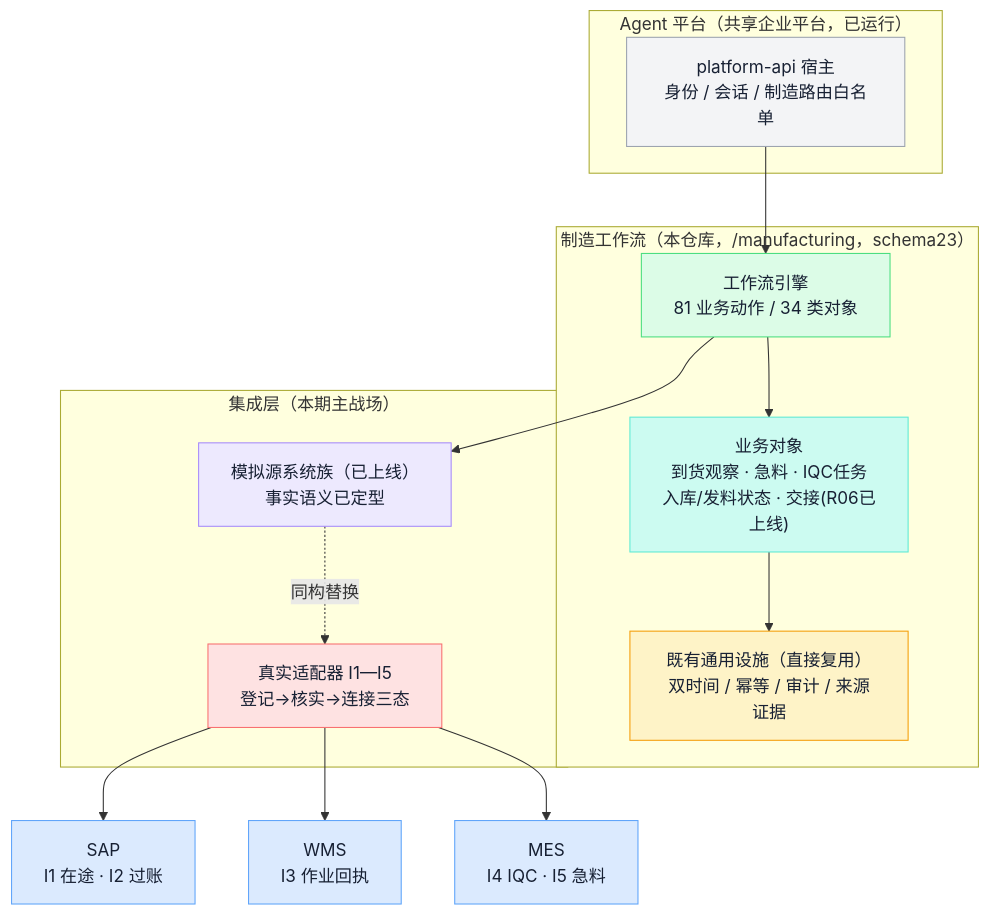
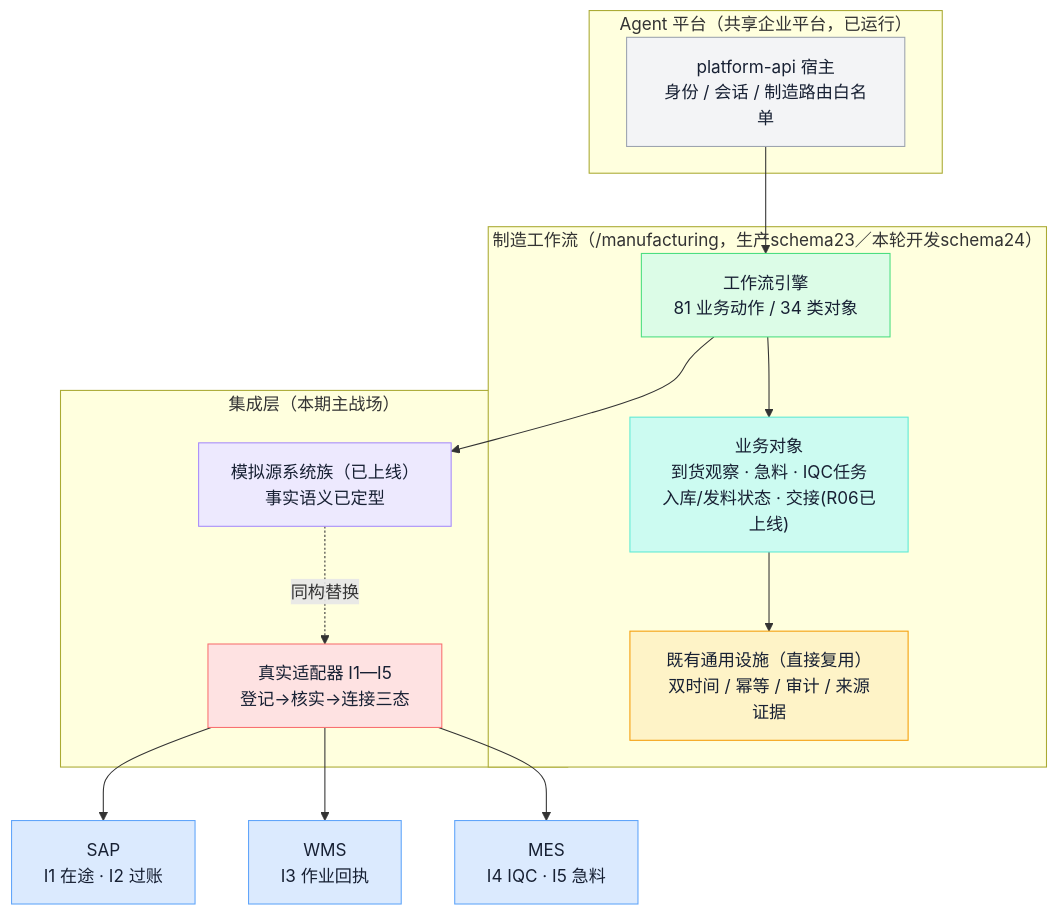
The first of 2 diagrams in docs/platform-development-launch-plan-2026-11.md (ink-hz/AI-Manufacturing-Platform), drawn with Mermaid before and after one commit. The commit also changed other lines of this file and 12 other files, not shown here.

First line of the commit message:
test(workflow): verify expedite data flow over real preview HTTP

````diff
--- a/docs/platform-development-launch-plan-2026-11.md
+++ b/docs/platform-development-launch-plan-2026-11.md
@@ -53,32 +55,32 @@
 ```mermaid
 flowchart TB
     subgraph host["Agent 平台（共享企业平台，已运行）"]
         API["platform-api 宿主<br/>身份 / 会话 / 制造路由白名单"]:::store
     end
-    subgraph mfg["制造工作流（本仓库，/manufacturing，schema23）"]
+    subgraph mfg["制造工作流（/manufacturing，生产schema23／本轮开发schema24）"]
         WF["工作流引擎<br/>81 业务动作 / 34 类对象"]:::exec
         OBJ["业务对象<br/>到货观察 · 急料 · IQC任务<br/>入库/发料状态 · 交接(R06已上线)"]:::flow
         EVID["既有通用设施（直接复用）<br/>双时间 / 幂等 / 审计 / 来源证据"]:::qa
     end
     subgraph integ["集成层（本期主战场）"]
         MOCK["模拟源系统族（已上线）<br/>事实语义已定型"]:::eng
         AD["真实适配器 I1—I5<br/>登记→核实→连接三态"]:::risk
     end
     SAP["SAP<br/>I1 在途 · I2 过账"]:::biz
     WMS["WMS<br/>I3 作业回执"]:::biz
     MES["MES<br/>I4 IQC · I5 急料"]:::biz
     API --> WF
     WF --> OBJ --> EVID
     WF --> MOCK
     MOCK -.->|"同构替换"| AD
     AD --> SAP
     AD --> WMS
     AD --> MES
     classDef biz fill:#DBEAFE,stroke:#60A5FA,color:#172033;
     classDef eng fill:#EDE9FE,stroke:#A78BFA,color:#172033;
     classDef flow fill:#CCFBF1,stroke:#5EEAD4,color:#172033;
     classDef exec fill:#DCFCE7,stroke:#4ADE80,color:#172033;
     classDef qa fill:#FEF3C7,stroke:#F59E0B,color:#172033;
     classDef risk fill:#FEE2E2,stroke:#F87171,color:#172033;
     classDef store fill:#F3F4F6,stroke:#9CA3AF,color:#172033;
 ```
````
